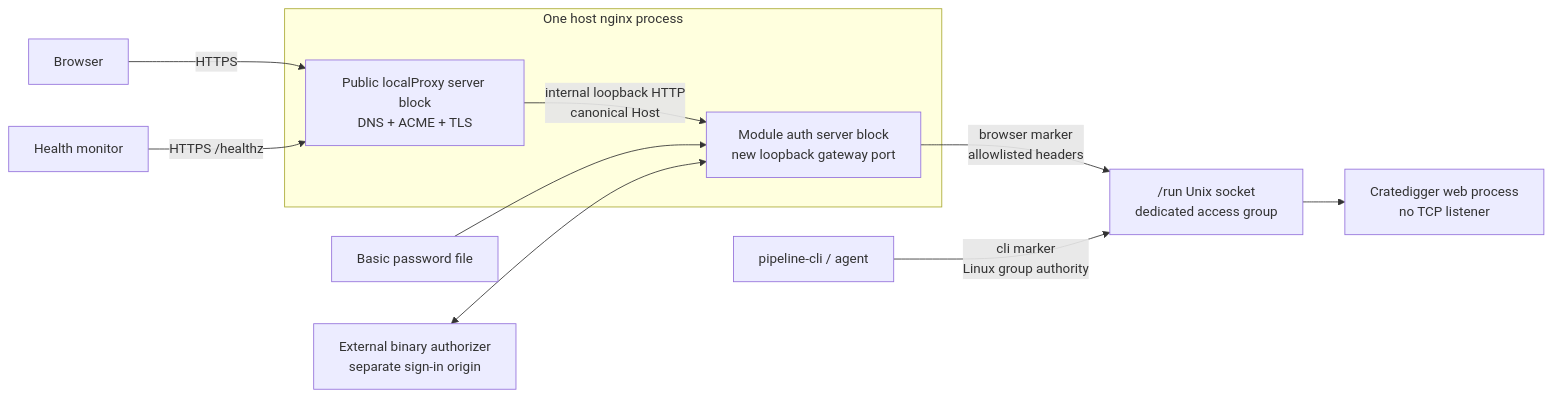
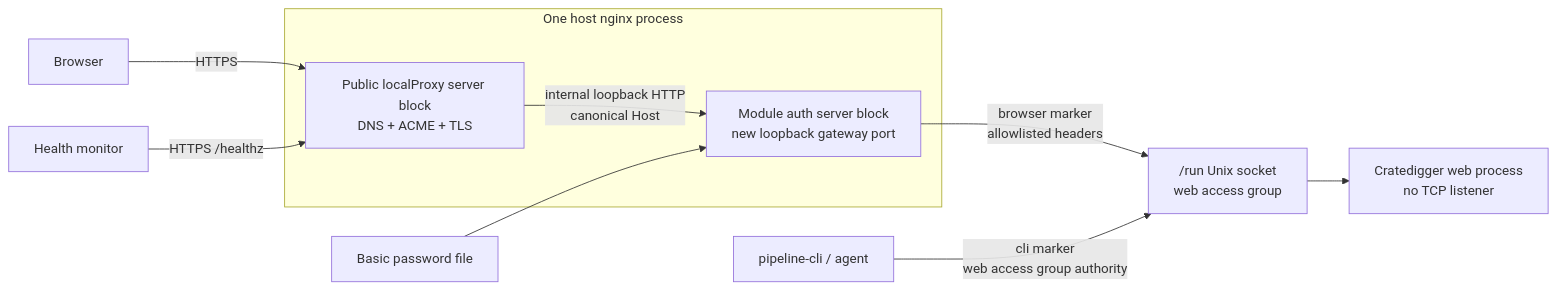
The first of 4 diagrams in docs/plans/2026-07-28-002-fix-web-authentication-perimeter-plan.md (abl030/cratedigger), drawn with Mermaid before and after one commit. The commit also changed other lines of this file, not shown here.

````diff
--- a/docs/plans/2026-07-28-002-fix-web-authentication-perimeter-plan.md
+++ b/docs/plans/2026-07-28-002-fix-web-authentication-perimeter-plan.md
@@ -497,15 +471,14 @@
 ```mermaid
 flowchart LR
     B["Browser"] -->|"HTTPS"| OP
     subgraph N["One host nginx process"]
         OP["Public localProxy server block<br/>DNS + ACME + TLS"]
         GW["Module auth server block<br/>new loopback gateway port"]
     end
     OP -->|"internal loopback HTTP<br/>canonical Host"| GW
     BA["Basic password file"] --> GW
-    EA["External binary authorizer<br/>separate sign-in origin"] <--> GW
-    GW -->|"browser marker<br/>allowlisted headers"| US["/run Unix socket<br/>dedicated access group"]
-    CLI["pipeline-cli / agent"] -->|"cli marker<br/>Linux group authority"| US
+    GW -->|"browser marker<br/>allowlisted headers"| US["/run Unix socket<br/>web access group"]
+    CLI["pipeline-cli / agent"] -->|"cli marker<br/>web access group authority"| US
     US --> APP["Cratedigger web process<br/>no TCP listener"]
     HM["Health monitor"] -->|"HTTPS /healthz"| OP
 ```
````
